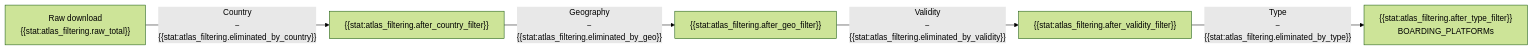
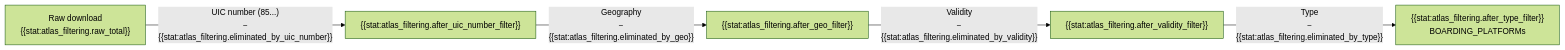
Before and after one commit to openTdataCH/stop_sync_osm_atlas: the diagram in documentation/1.1 ATLAS stops.md, drawn with Mermaid (forest theme). The commit also changed other lines of this file and 2 other files, not shown here.

````diff
--- a/documentation/1.1 ATLAS stops.md
+++ b/documentation/1.1 ATLAS stops.md
@@ -7,7 +7,7 @@
 ```mermaid
 flowchart LR
-    A["Raw download<br/>{{stat:atlas_filtering.raw_total}}"] -->|"Country<br/>−{{stat:atlas_filtering.eliminated_by_country}}"| B["{{stat:atlas_filtering.after_country_filter}}"]
+    A["Raw download<br/>{{stat:atlas_filtering.raw_total}}"] -->|"UIC number (85...)<br/>−{{stat:atlas_filtering.eliminated_by_uic_number}}"| B["{{stat:atlas_filtering.after_uic_number_filter}}"]
     B -->|"Geography<br/>−{{stat:atlas_filtering.eliminated_by_geo}}"| C["{{stat:atlas_filtering.after_geo_filter}}"]
     C -->|"Validity<br/>−{{stat:atlas_filtering.eliminated_by_validity}}"| D["{{stat:atlas_filtering.after_validity_filter}}"]
     D -->|"Type<br/>−{{stat:atlas_filtering.eliminated_by_type}}"| E["{{stat:atlas_filtering.after_type_filter}}<br/>BOARDING_PLATFORMs"]
 ```
````
